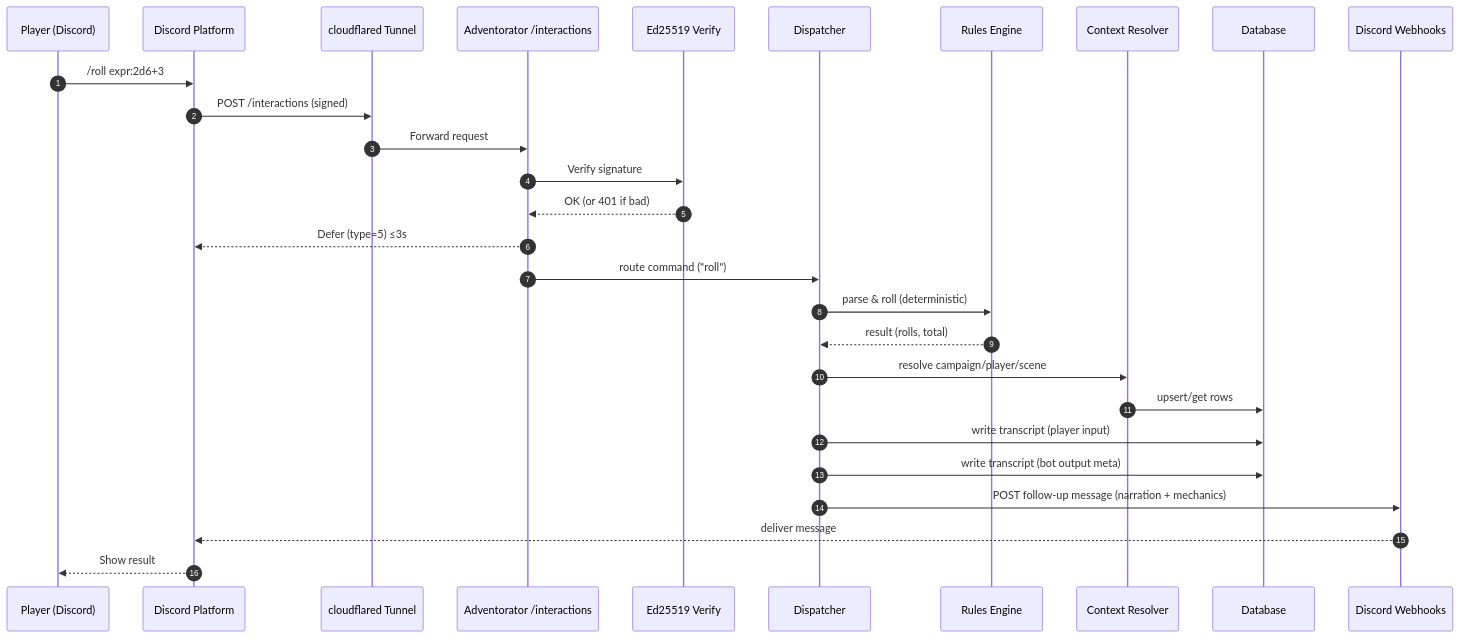
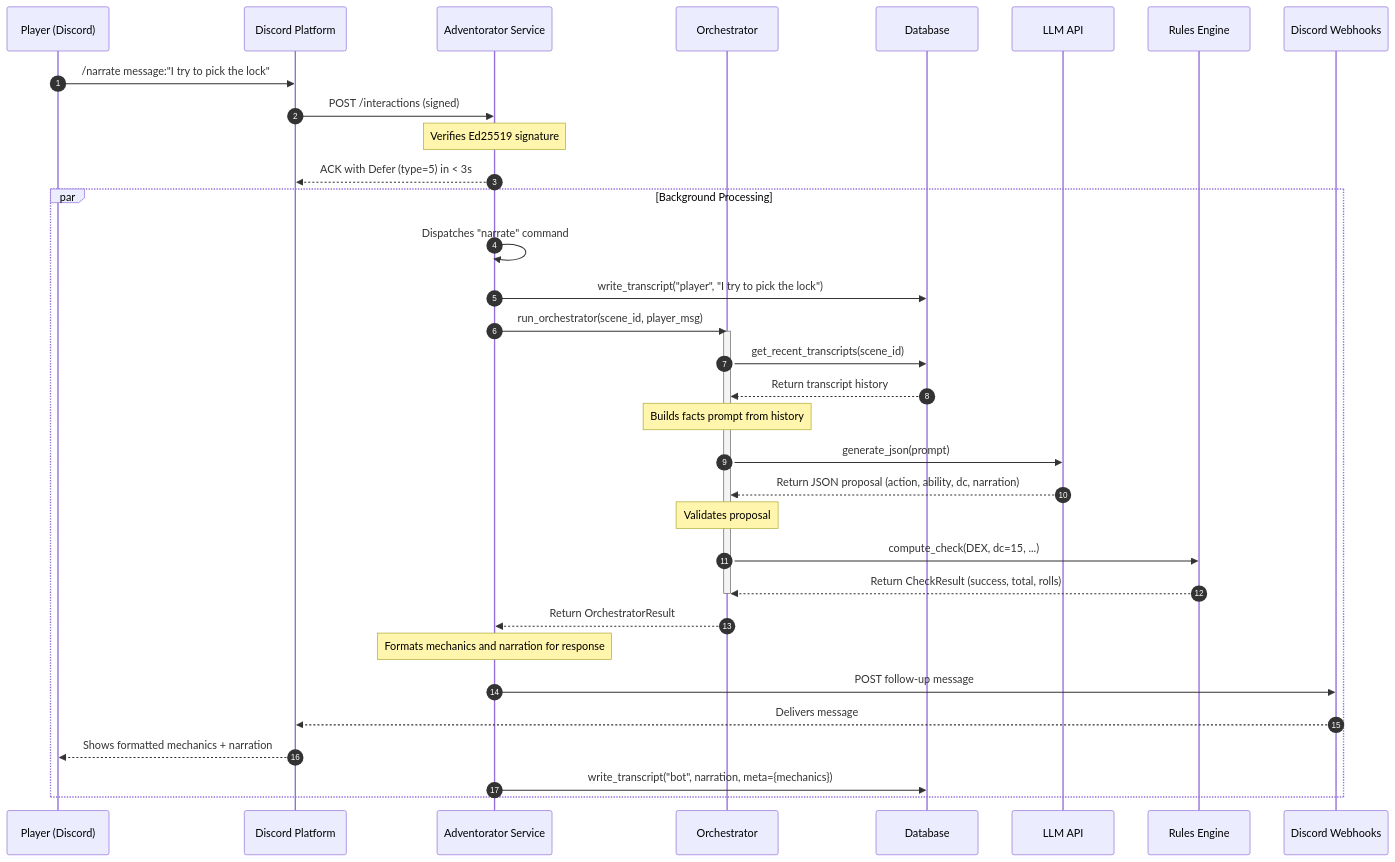
Before and after one commit to crashtestbrandt/Adventorator: the second of 3 diagrams in README.md, drawn with Mermaid. The commit also changed other lines of this file, not shown here.

Commit message:
update diagrams in README for current state overview

````diff
--- a/README.md
+++ b/README.md
@@ -128,36 +154,52 @@
 ```mermaid
 sequenceDiagram
   autonumber
   participant User as Player (Discord)
   participant Discord as Discord Platform
-  participant CF as cloudflared Tunnel
-  participant API as Adventorator /interactions
-  participant SIG as Ed25519 Verify
-  participant DISP as Dispatcher
+  participant API as Adventorator Service
+  participant ORCH as Orchestrator
+  participant DB as Database
+  participant LLM as LLM API
   participant RULES as Rules Engine
-  participant CTX as Context Resolver
-  participant DB as Database
   participant WH as Discord Webhooks
 
-  User->>Discord: /roll expr:2d6+3
-  Discord->>CF: POST /interactions (signed)
-  CF->>API: Forward request
-  API->>SIG: Verify signature
-  SIG-->>API: OK (or 401 if bad)
+  User->>Discord: /narrate message:"I try to pick the lock"
+  Discord->>API: POST /interactions (signed)
+  
+  Note over API: Verifies Ed25519 signature
 
-  API-->>Discord: Defer (type=5) ≤3s
+  API-->>Discord: ACK with Defer (type=5) in < 3s
 
-  API->>DISP: route command ("roll")
-  DISP->>RULES: parse & roll (deterministic)
-  RULES-->>DISP: result (rolls, total)
+  par Background Processing
+    API->>API: Dispatches "narrate" command
+    
+    API->>DB: write_transcript("player", "I try to pick the lock")
 
-  %% Phase 2 logging & context (optional for Phase 0/1)
-  DISP->>CTX: resolve campaign/player/scene
-  CTX->>DB: upsert/get rows
-  DISP->>DB: write transcript (player input)
-  DISP->>DB: write transcript (bot output meta)
-
-  DISP->>WH: POST follow-up message (narration + mechanics)
-  WH-->>Discord: deliver message
-  Discord-->>User: Show result
+    API->>ORCH: run_orchestrator(scene_id, player_msg)
+    
+    activate ORCH
+      ORCH->>DB: get_recent_transcripts(scene_id)
+      DB-->>ORCH: Return transcript history
+      
+      Note over ORCH: Builds facts prompt from history
+      
+      ORCH->>LLM: generate_json(prompt)
+      LLM-->>ORCH: Return JSON proposal (action, ability, dc, narration)
+      
+      Note over ORCH: Validates proposal
+      
+      ORCH->>RULES: compute_check(DEX, dc=15, ...)
+      RULES-->>ORCH: Return CheckResult (success, total, rolls)
+    deactivate ORCH
+    
+    ORCH-->>API: Return OrchestratorResult
+    
+    Note over API: Formats mechanics and narration for response
+    
+    API->>WH: POST follow-up message
+    WH-->>Discord: Delivers message
+    Discord-->>User: Shows formatted mechanics + narration
+    
+    API->>DB: write_transcript("bot", narration, meta={mechanics})
+  end
 ```
````
